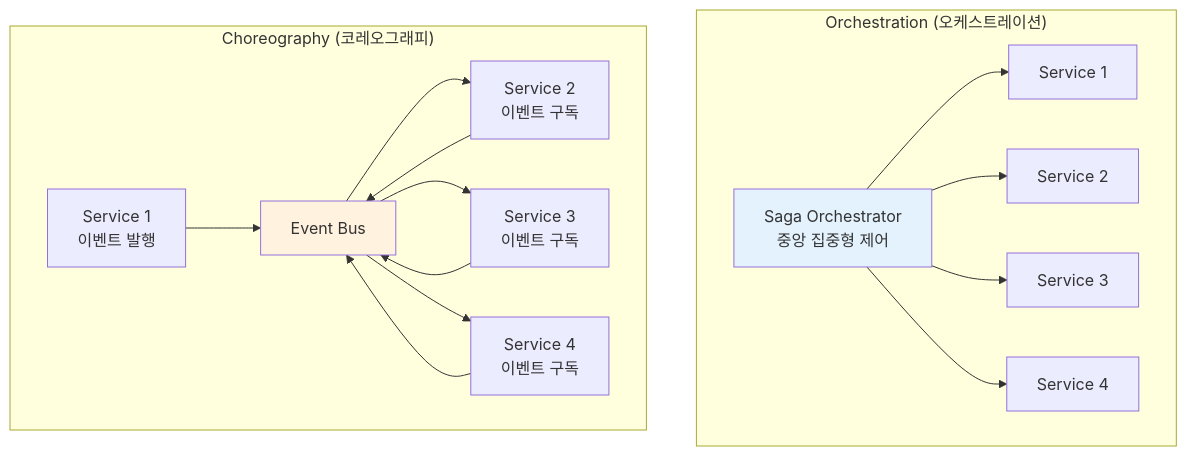
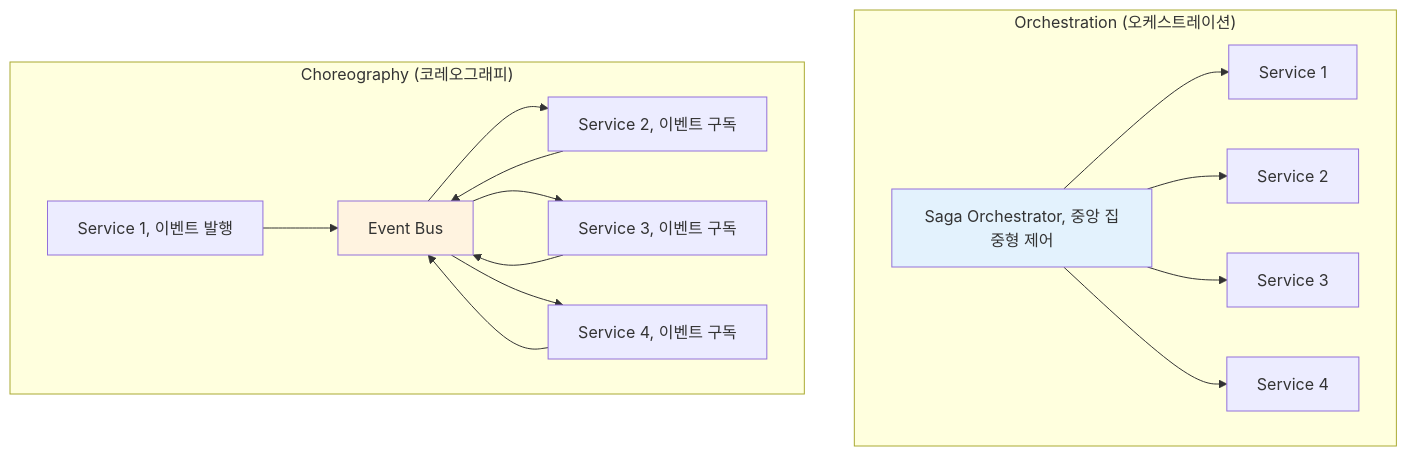
The second of 2 diagrams in docs/cs/guide/chapter-16-system-design-patterns/04-saga-pattern.md (choru-k/choru-wiki), drawn with Mermaid before and after one commit. The commit also changed 26 other files, not shown here.

````diff
--- a/docs/cs/guide/chapter-16-system-design-patterns/04-saga-pattern.md
+++ b/docs/cs/guide/chapter-16-system-design-patterns/04-saga-pattern.md
@@ -155,34 +155,34 @@
 ```mermaid
 graph TB
     subgraph "Orchestration (오케스트레이션)"
-        O_Orchestrator[Saga Orchestrator<br/>중앙 집중형 제어]
+        O_Orchestrator[Saga Orchestrator, 중앙 집중형 제어]
         O_Service1[Service 1]
         O_Service2[Service 2]
         O_Service3[Service 3]
         O_Service4[Service 4]
         
         O_Orchestrator --> O_Service1
         O_Orchestrator --> O_Service2
         O_Orchestrator --> O_Service3
         O_Orchestrator --> O_Service4
     end
     
     subgraph "Choreography (코레오그래피)"
-        C_Service1[Service 1<br/>이벤트 발행]
-        C_Service2[Service 2<br/>이벤트 구독]
-        C_Service3[Service 3<br/>이벤트 구독]
-        C_Service4[Service 4<br/>이벤트 구독]
+        C_Service1[Service 1, 이벤트 발행]
+        C_Service2[Service 2, 이벤트 구독]
+        C_Service3[Service 3, 이벤트 구독]
+        C_Service4[Service 4, 이벤트 구독]
         C_EventBus[Event Bus]
         
         C_Service1 --> C_EventBus
         C_EventBus --> C_Service2
         C_EventBus --> C_Service3
         C_EventBus --> C_Service4
         C_Service2 --> C_EventBus
         C_Service3 --> C_EventBus
         C_Service4 --> C_EventBus
     end
     
     style O_Orchestrator fill:#e3f2fd
     style C_EventBus fill:#fff3e0
 ```
````
